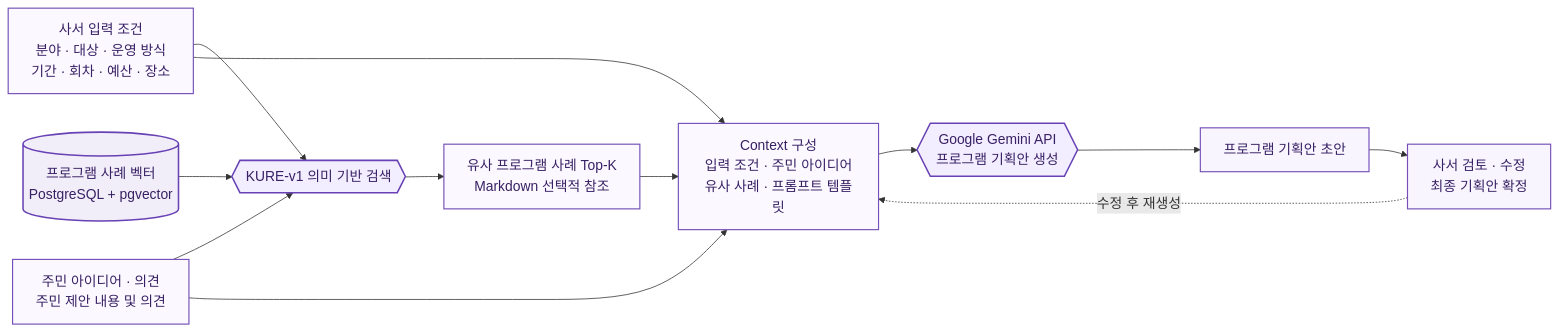
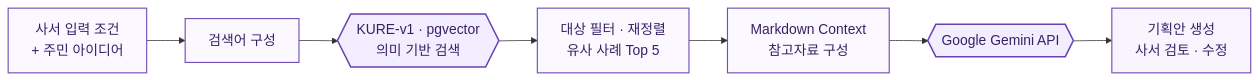
One commit to PNU-2026-AI-Hackathon/pnuai-a-02-potg changed the second of 4 diagrams in README.md. Above: the diagram before and after it, drawn with Mermaid. The commit also changed other lines of this file and 2 other files, not shown here.

````diff
--- a/README.md
+++ b/README.md
@@ -151,30 +159,20 @@
 ```mermaid
 %%{init: {"themeVariables": {"fontSize": "18px"}}}%%
 flowchart LR
-    CONDITIONS["사서 입력 조건<br/>분야 · 대상 · 운영 방식<br/>기간 · 회차 · 예산 · 장소"]
-    IDEAS["주민 아이디어 · 의견<br/>주민 제안 내용 및 의견"]
-    VECTOR[("프로그램 사례 벡터<br/>PostgreSQL + pgvector")]
-    SEARCH{{"KURE-v1 의미 기반 검색"}}
-    CASES["유사 프로그램 사례 Top-K<br/>Markdown 선택적 참조"]
-    CONTEXT["Context 구성<br/>입력 조건 · 주민 아이디어<br/>유사 사례 · 프롬프트 템플릿"]
-    GEMINI{{"Google Gemini API<br/>프로그램 기획안 생성"}}
-    DRAFT["프로그램 기획안 초안"]
-    REVIEW["사서 검토 · 수정<br/>최종 기획안 확정"]
+    INPUT["사서 입력 조건<br/>+ 주민 아이디어"]
+    QUERY["검색어 구성"]
+    SEARCH{{"KURE-v1 · pgvector<br/>의미 기반 검색"}}
+    RERANK["대상 필터 · 재정렬<br/>유사 사례 Top 5"]
+    CONTEXT["Markdown Context<br/>참고자료 구성"]
+    GEMINI{{"Google Gemini API"}}
+    RESULT["기획안 생성<br/>사서 검토 · 수정"]
 
-    CONDITIONS --> SEARCH
-    IDEAS --> SEARCH
-    VECTOR --> SEARCH --> CASES --> CONTEXT
-    CONDITIONS --> CONTEXT
-    IDEAS --> CONTEXT
-    CONTEXT --> GEMINI --> DRAFT --> REVIEW
-    REVIEW -. "수정 후 재생성" .-> CONTEXT
+    INPUT --> QUERY --> SEARCH --> RERANK --> CONTEXT --> GEMINI --> RESULT
 
     classDef input fill:#FBF9FF,stroke:#7450B8,color:#382064,stroke-width:1.5px,font-size:18px;
     classDef ai fill:#F3EEFF,stroke:#6842B5,color:#382064,stroke-width:2px,font-size:18px;
     classDef output fill:#F8F5FF,stroke:#7450B8,color:#382064,stroke-width:1.5px,font-size:18px;
-    classDef storage fill:#F2EEF9,stroke:#6842B5,color:#382064,stroke-width:2px,font-size:18px;
-    class CONDITIONS,IDEAS,CASES,CONTEXT input;
+    class INPUT,QUERY,RERANK,CONTEXT input;
     class SEARCH,GEMINI ai;
-    class DRAFT,REVIEW output;
-    class VECTOR storage;
+    class RESULT output;
 ```
````
